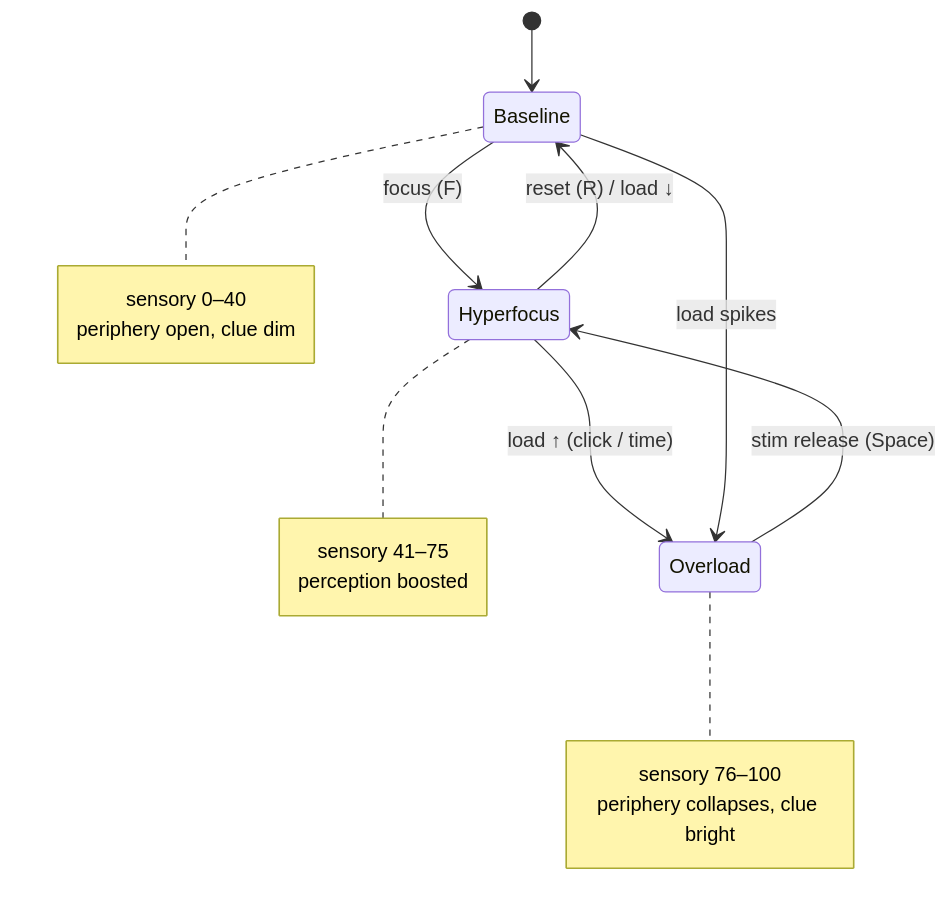
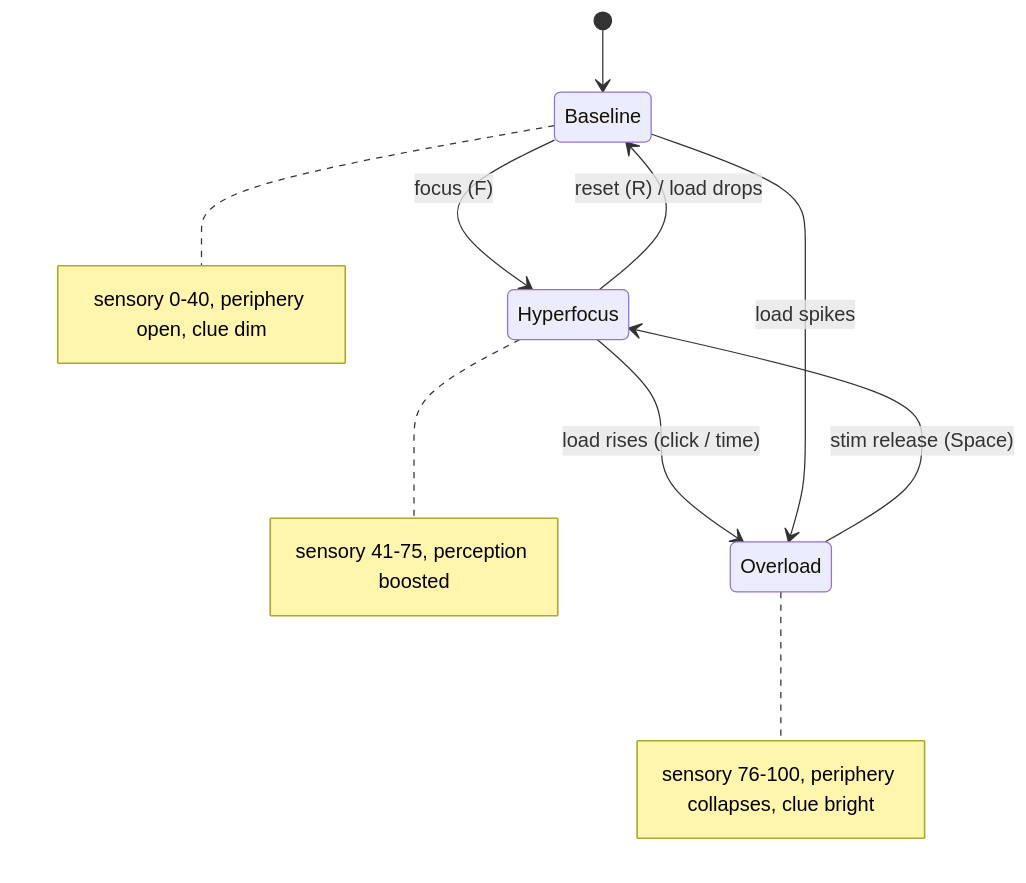
One commit to billybox1926-jpg/Brew-Justice changed the first of 2 diagrams in README.md. Above: the diagram before and after it, drawn with Mermaid. The commit also changed other lines of this file, not shown here.

First line of the commit message:
fix(docs): GitHub-safe mermaid (ASCII labels, single-line notes) + contributors-wanted badge

````diff
--- a/README.md
+++ b/README.md
@@ -52,22 +53,18 @@
 ```mermaid
 stateDiagram-v2
     [*] --> Baseline
     Baseline --> Hyperfocus : focus (F)
-    Hyperfocus --> Overload : load ↑ (click / time)
+    Hyperfocus --> Overload : load rises (click / time)
     Overload --> Hyperfocus : stim release (Space)
-    Hyperfocus --> Baseline : reset (R) / load ↓
+    Hyperfocus --> Baseline : reset (R) / load drops
     Baseline --> Overload : load spikes
-
     note right of Baseline
-        sensory 0–40
-        periphery open, clue dim
+        sensory 0-40, periphery open, clue dim
     end note
     note right of Hyperfocus
-        sensory 41–75
-        perception boosted
+        sensory 41-75, perception boosted
     end note
     note right of Overload
-        sensory 76–100
-        periphery collapses, clue bright
+        sensory 76-100, periphery collapses, clue bright
     end note
 ```
````
